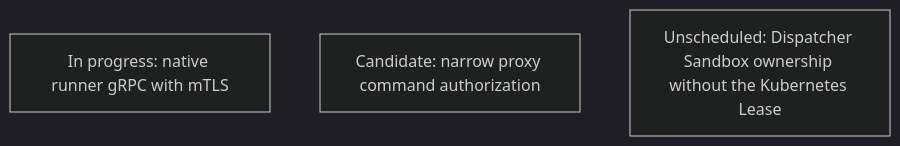
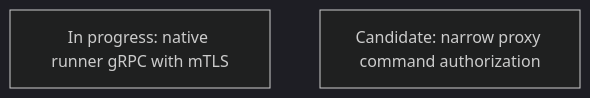
One commit to agentydragon/ducktape changed diagram 14 of 18 in agentplane/plans/task_dag.md. Above: the diagram before and after it, drawn with Mermaid (dark theme). The commit also changed other lines of this file and 2 other files, not shown here.

First line of the commit message:
agentplane/plans: fix MCP edge and Dispatcher ownership node status

````diff
--- a/agentplane/plans/task_dag.md
+++ b/agentplane/plans/task_dag.md
@@ -1570,6 +1570,5 @@
 ```mermaid
 flowchart TD
     RUNNER_CONTROL_TRANSPORT_DESIGN[In progress: native runner gRPC with mTLS]
     PROXY_START_METHODS_DISPATCHER_ONLY[Candidate: narrow proxy command authorization]
-    DISPATCHER_OWNERSHIP_IN_POSTGRES[Unscheduled: Dispatcher Sandbox ownership without the Kubernetes Lease]
 ```
````
